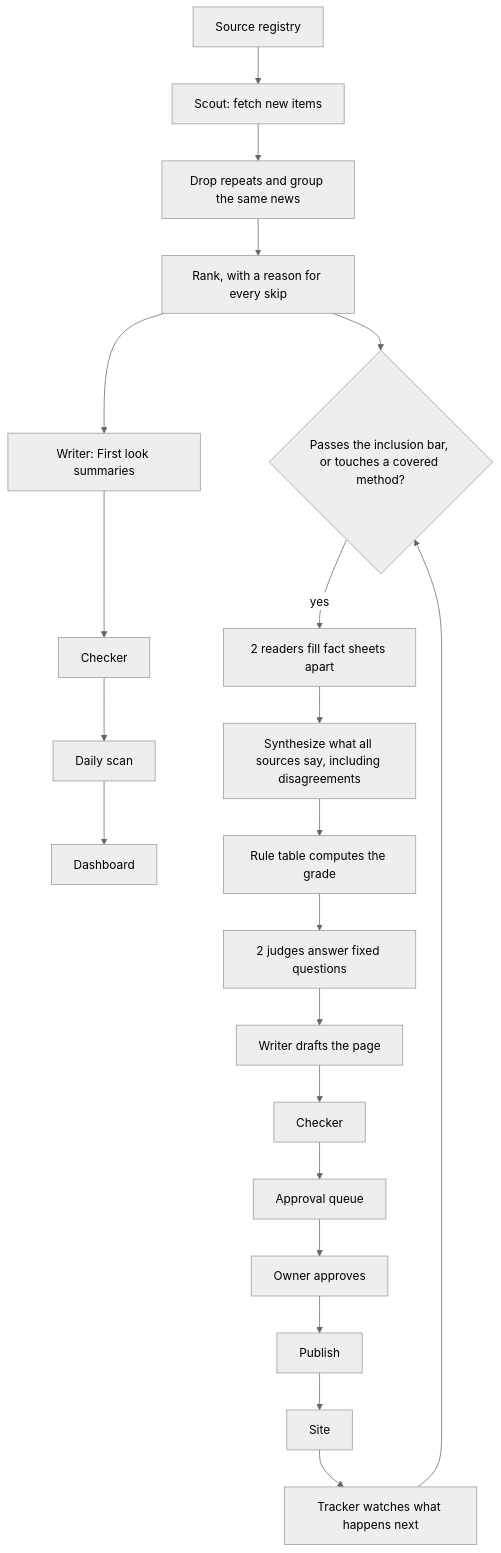
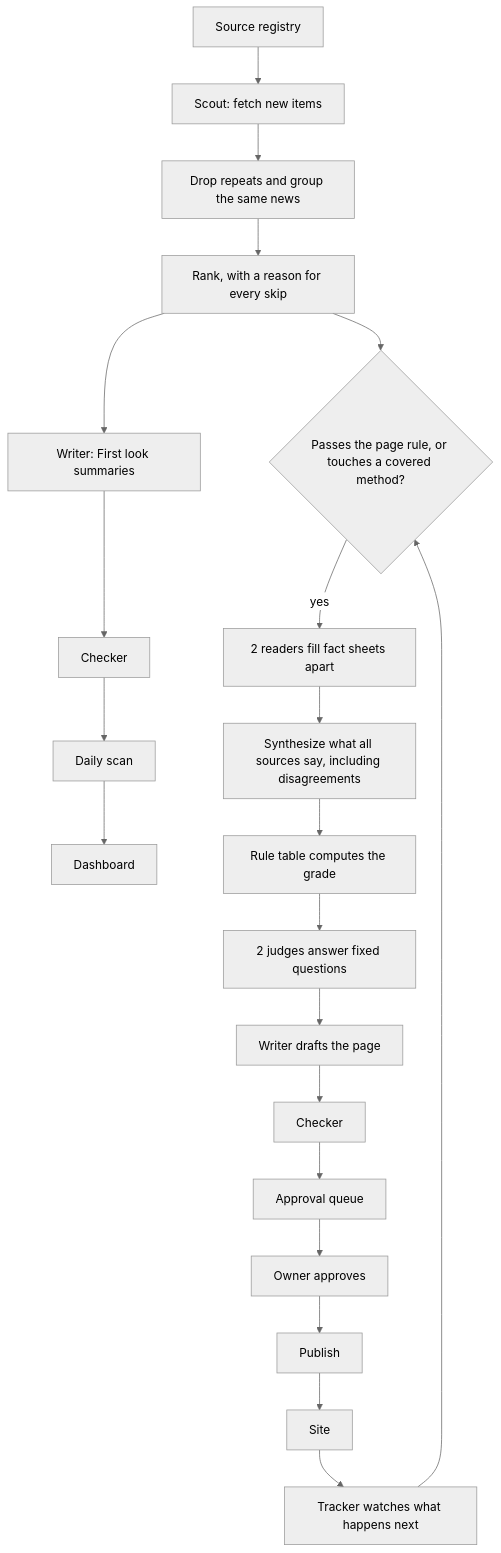
The first of 2 diagrams in docs/high-level-design.md (euglopi/AIScaleDev), drawn with Mermaid (neutral theme) before and after one commit. The commit also changed other lines of this file and 1 other file, not shown here.

First line of the commit message:
Apply the approved page rule: notable first-hand methods get a page

````diff
--- a/docs/high-level-design.md
+++ b/docs/high-level-design.md
@@ -183,23 +187,23 @@
 ```mermaid
 flowchart TD
     reg[Source registry] --> scout["Scout: fetch new items"]
     scout --> dedupe[Drop repeats and group the same news]
     dedupe --> rank["Rank, with a reason for every skip"]
     rank --> first["Writer: First look summaries"]
     first --> check1[Checker]
     check1 --> scan[Daily scan]
     scan --> dash[Dashboard]
-    rank --> cand{"Passes the inclusion bar, or touches a covered method?"}
+    rank --> cand{"Passes the page rule, or touches a covered method?"}
     cand -->|yes| read[2 readers fill fact sheets apart]
     read --> synth["Synthesize what all sources say, including disagreements"]
     synth --> rule[Rule table computes the grade]
     rule --> judge[2 judges answer fixed questions]
     judge --> write[Writer drafts the page]
     write --> check2[Checker]
     check2 --> queue[Approval queue]
     queue --> approve[Owner approves]
     approve --> publish[Publish]
     publish --> site[Site]
     site --> track[Tracker watches what happens next]
     track --> cand
 ```
````
